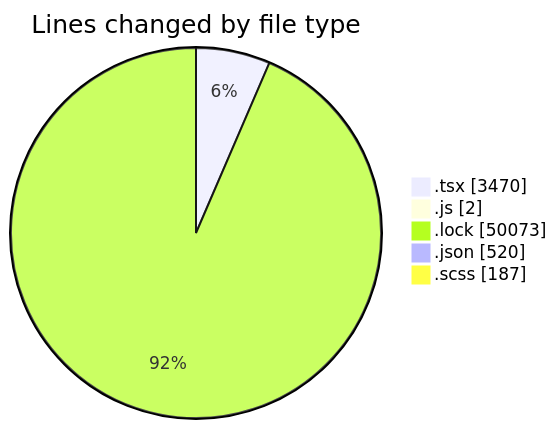
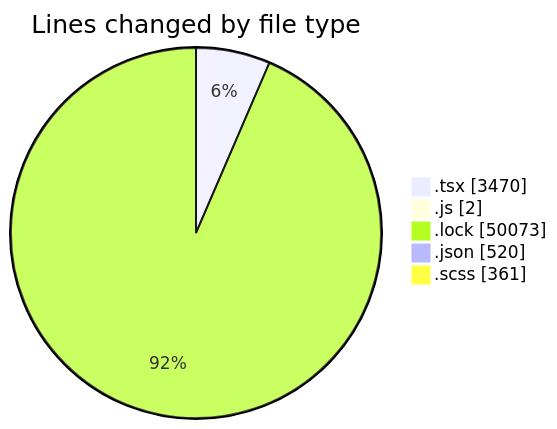
The first of 2 diagrams in 2026-05-15/cda/README.md (momahboobian/code-tracking), drawn with Mermaid before and after one commit. The commit also changed other lines of this file and 1 other file, not shown here.

````diff
--- a/2026-05-15/cda/README.md
+++ b/2026-05-15/cda/README.md
@@ -46,9 +47,9 @@
 ```mermaid
 pie showData
 title Lines changed by file type
 ".tsx" : 3470
 ".js" : 2
 ".lock" : 50073
 ".json" : 520
-".scss" : 187
+".scss" : 361
 ```
````
